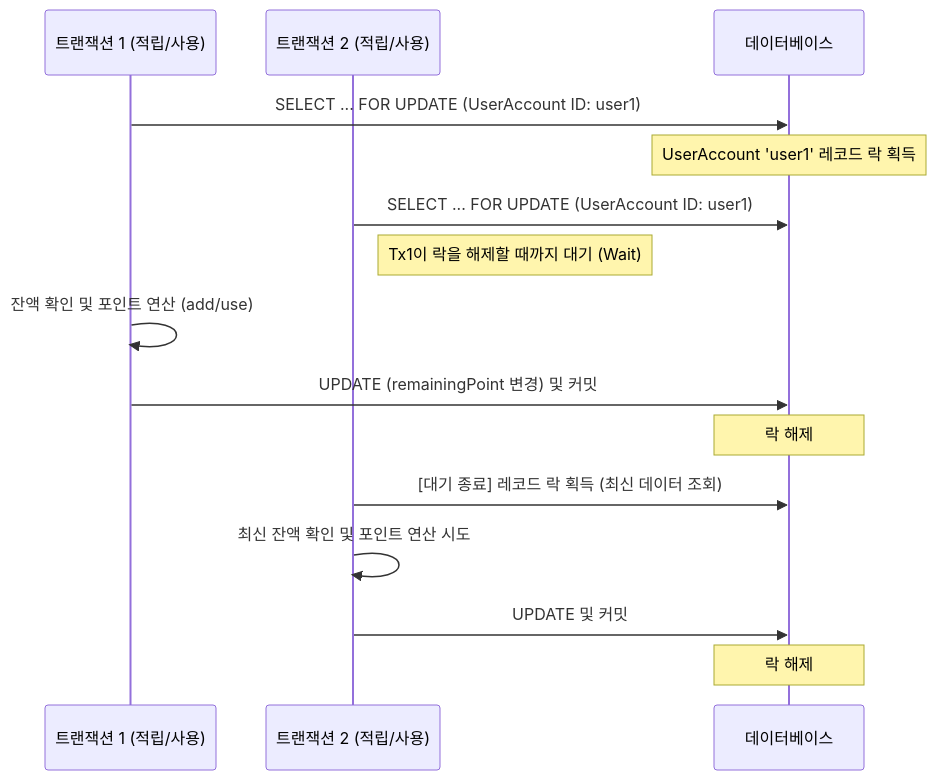
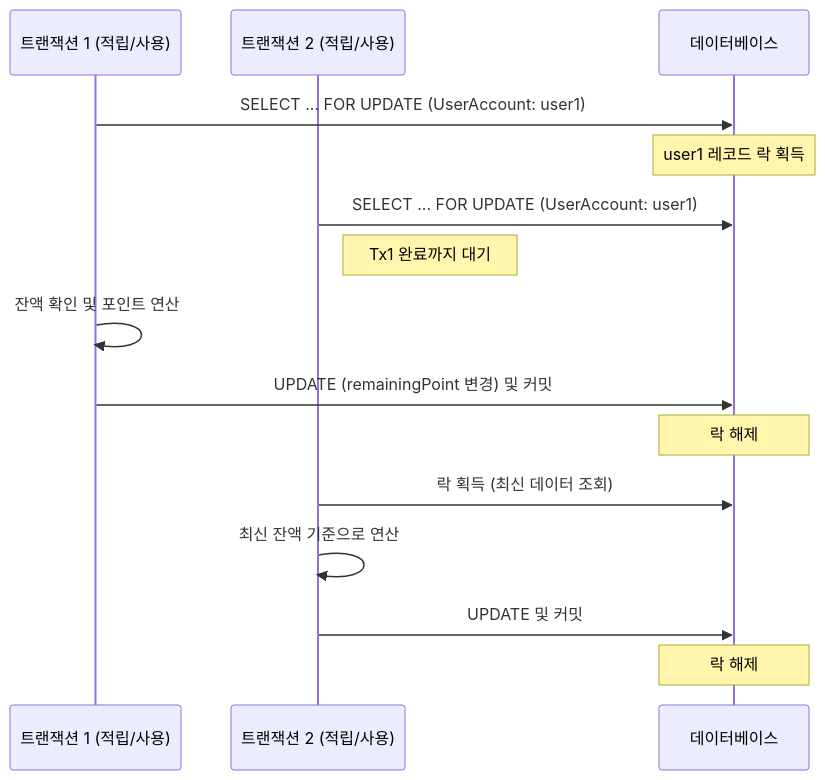
One commit to muzzaiwork/point changed the diagram in docs/동시성 제어.md. Above: the diagram before and after it, drawn with Mermaid. The commit also changed other lines of this file and 5 other files, not shown here.

````diff
--- a/docs/동시성 제어.md
+++ b/docs/동시성 제어.md
@@ -21,21 +60,21 @@
 ```mermaid
 sequenceDiagram
     participant Tx1 as 트랜잭션 1 (적립/사용)
     participant Tx2 as 트랜잭션 2 (적립/사용)
     participant DB as 데이터베이스
 
-    Tx1->>DB: SELECT ... FOR UPDATE (UserAccount ID: user1)
-    Note over DB: UserAccount 'user1' 레코드 락 획득
-    
-    Tx2->>DB: SELECT ... FOR UPDATE (UserAccount ID: user1)
-    Note right of Tx2: Tx1이 락을 해제할 때까지 대기 (Wait)
+    Tx1->>DB: SELECT ... FOR UPDATE (UserAccount: user1)
+    Note over DB: user1 레코드 락 획득
 
-    Tx1->>Tx1: 잔액 확인 및 포인트 연산 (add/use)
+    Tx2->>DB: SELECT ... FOR UPDATE (UserAccount: user1)
+    Note right of Tx2: Tx1 완료까지 대기
+
+    Tx1->>Tx1: 잔액 확인 및 포인트 연산
     Tx1->>DB: UPDATE (remainingPoint 변경) 및 커밋
     Note over DB: 락 해제
 
-    Tx2->>DB: [대기 종료] 레코드 락 획득 (최신 데이터 조회)
-    Tx2->>Tx2: 최신 잔액 확인 및 포인트 연산 시도
+    Tx2->>DB: 락 획득 (최신 데이터 조회)
+    Tx2->>Tx2: 최신 잔액 기준으로 연산
     Tx2->>DB: UPDATE 및 커밋
     Note over DB: 락 해제
 ```
````
